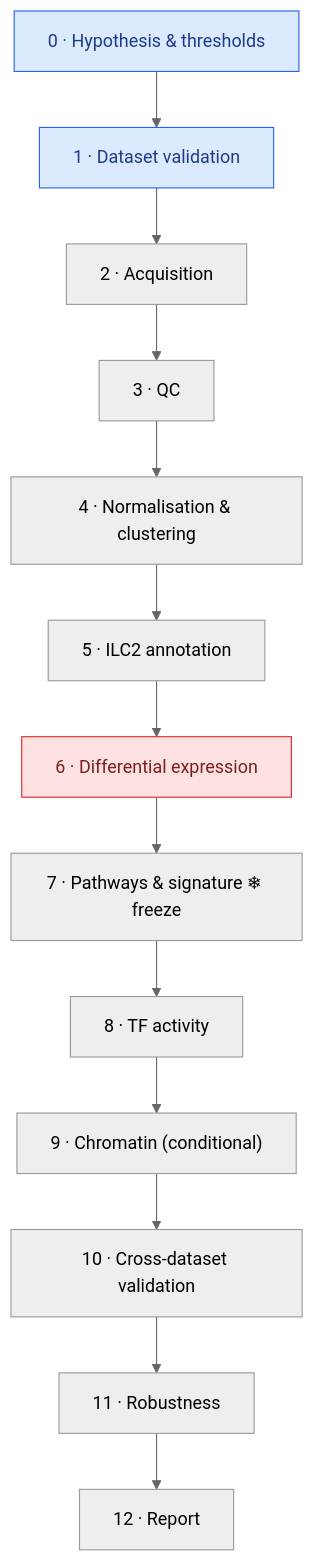
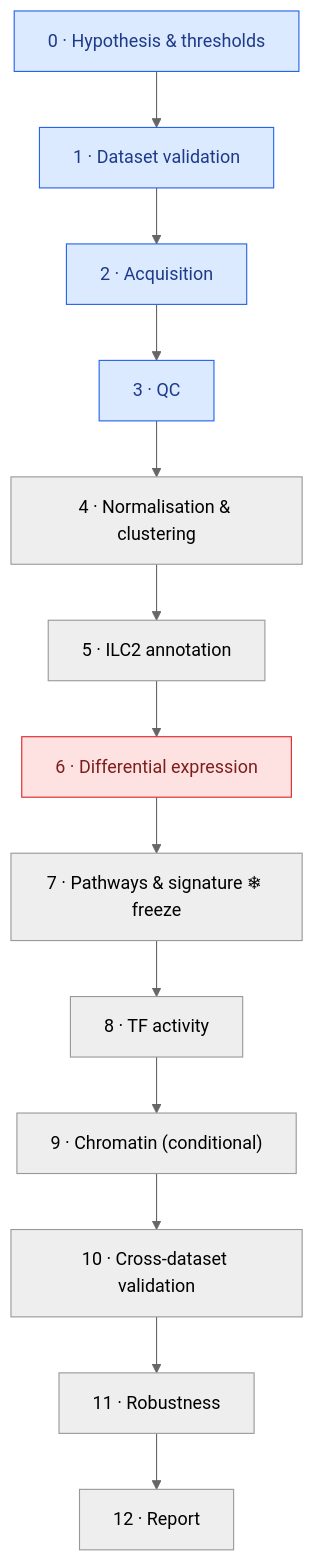
Before and after one commit to alperengcmn/ivc: the second of 2 diagrams in README.md, drawn with Mermaid (neutral theme). The commit also changed other lines of this file and 13 other files, not shown here.

````diff
--- a/README.md
+++ b/README.md
@@ -80,14 +80,14 @@
 ```mermaid
 flowchart TD
     P0["0 · Hypothesis & thresholds"] --> P1["1 · Dataset validation"]
     P1 --> P2["2 · Acquisition"] --> P3["3 · QC"] --> P4["4 · Normalisation & clustering"]
     P4 --> P5["5 · ILC2 annotation"] --> P6["6 · Differential expression"]
     P6 --> P7["7 · Pathways & signature ❄ freeze"] --> P8["8 · TF activity"]
     P8 --> P9["9 · Chromatin (conditional)"] --> P10["10 · Cross-dataset validation"]
     P10 --> P11["11 · Robustness"] --> P12["12 · Report"]
     classDef done fill:#d1fae5,stroke:#059669,color:#064e3b
     classDef active fill:#dbeafe,stroke:#2563eb,color:#1e3a8a
     classDef blocked fill:#fee2e2,stroke:#dc2626,color:#7f1d1d
-    class P0,P1 active
+    class P0,P1,P2,P3 active
     class P6 blocked
 ```
````
